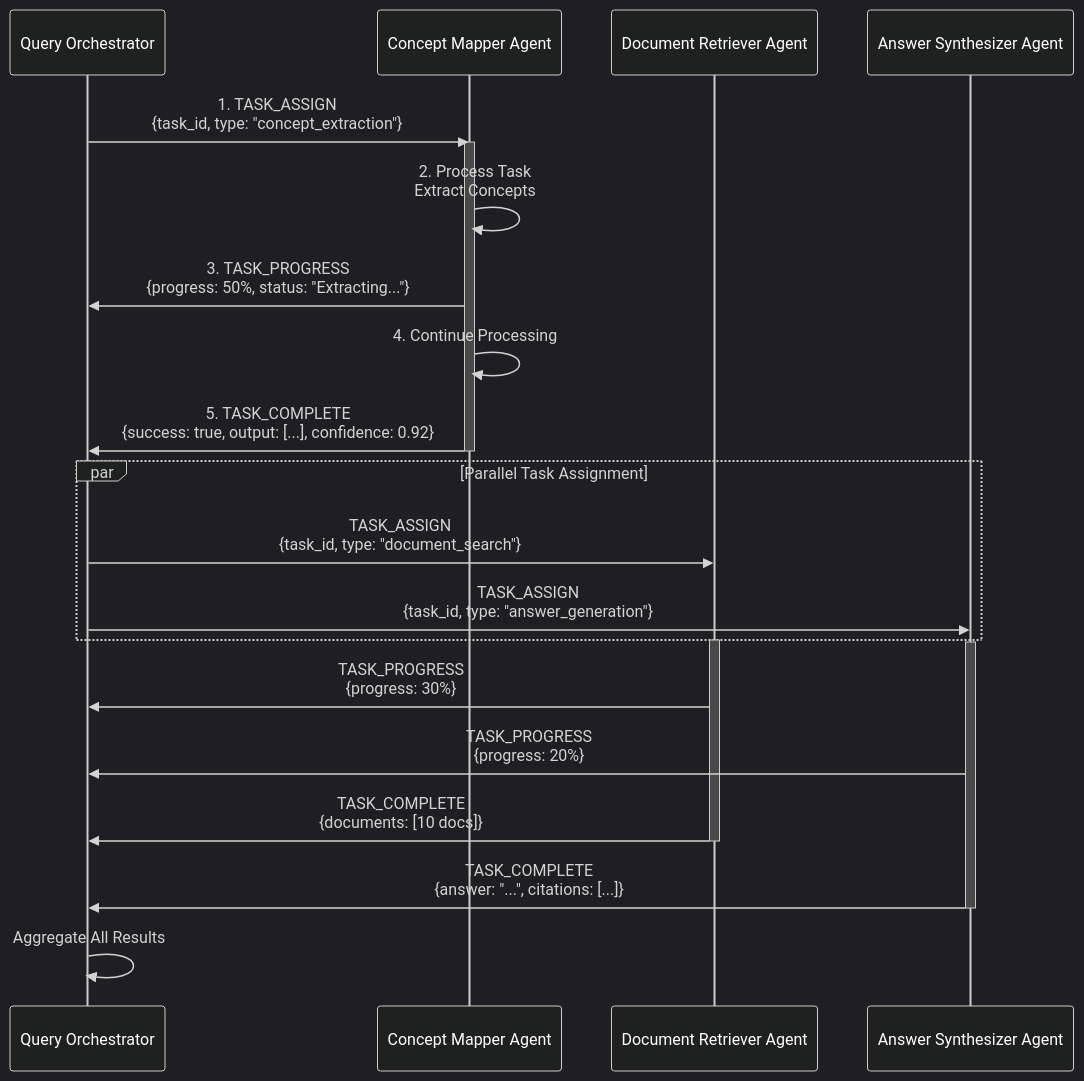
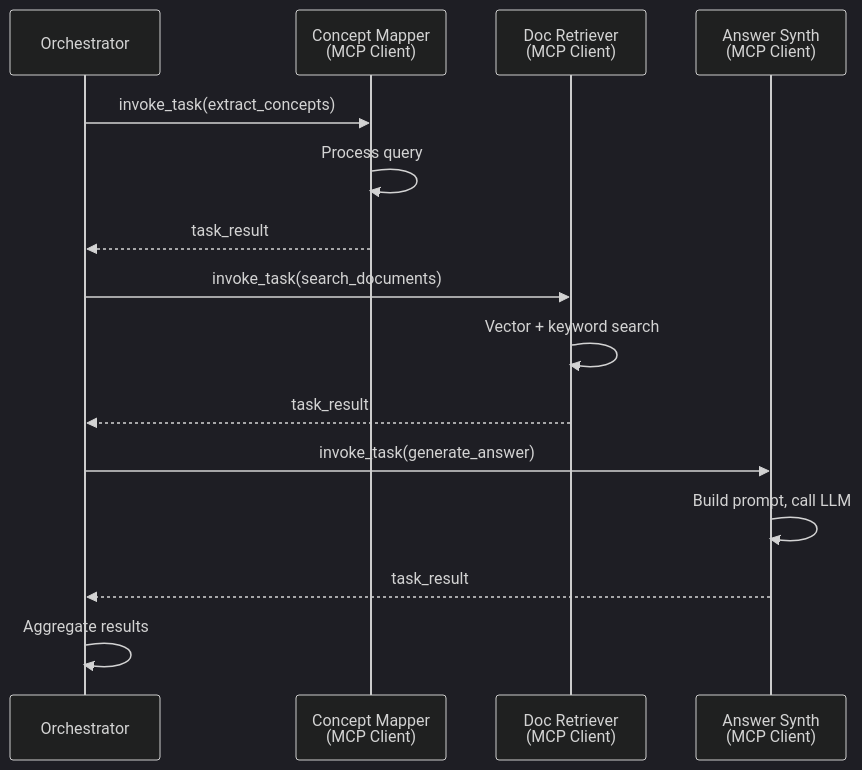
Before and after one commit to veics/rage_pitch: diagram 14 of 24 in docs/ARCHITECTURE.md, drawn with Mermaid. The commit also changed other lines of this file and 8 other files, not shown here.

````diff
--- a/docs/ARCHITECTURE.md
+++ b/docs/ARCHITECTURE.md
@@ -739,39 +810,22 @@
 ```mermaid
-%%{init: {'theme':'dark', 'themeVariables': {'actorTextColor':'#fff', 'noteBkgColor':'#1a237e', 'noteTextColor':'#fff'}}}%%
+%%{init: {'theme':'dark', 'flowchart': {'nodeSpacing': 30, 'rankSpacing': 40, 'curve': 'basis'}, 'themeVariables': {'labelBackground':'rgba(38, 50, 56, 0.1)'}}}%%
 sequenceDiagram
-    participant Orch as Query Orchestrator
-    participant CM as Concept Mapper Agent
-    participant DR as Document Retriever Agent
-    participant AS as Answer Synthesizer Agent
+    participant Orch as Orchestrator
+    participant CM as Concept Mapper<br/>(MCP Client)
+    participant DR as Doc Retriever<br/>(MCP Client)
+    participant AS as Answer Synth<br/>(MCP Client)
     
-    Orch->>CM: 1. TASK_ASSIGN<br/>{task_id, type: "concept_extraction"}
+    Orch->>CM: invoke_task(extract_concepts)
+    CM->>CM: Process query
+    CM-->>Orch: task_result
     
-    activate CM
-    CM->>CM: 2. Process Task<br/>Extract Concepts
+    Orch->>DR: invoke_task(search_documents)
+    DR->>DR: Vector + keyword search
+    DR-->>Orch: task_result
     
-    CM->>Orch: 3. TASK_PROGRESS<br/>{progress: 50%, status: "Extracting..."}
+    Orch->>AS: invoke_task(generate_answer)
+    AS->>AS: Build prompt, call LLM
+    AS-->>Orch: task_result
     
-    CM->>CM: 4. Continue Processing
-    
-    CM->>Orch: 5. TASK_COMPLETE<br/>{success: true, output: [...], confidence: 0.92}
-    deactivate CM
-    
-    par Parallel Task Assignment
-        Orch->>DR: TASK_ASSIGN<br/>{task_id, type: "document_search"}
-        Orch->>AS: TASK_ASSIGN<br/>{task_id, type: "answer_generation"}
-    end
-    
-    activate DR
-    activate AS
-    
-    DR->>Orch: TASK_PROGRESS<br/>{progress: 30%}
-    AS->>Orch: TASK_PROGRESS<br/>{progress: 20%}
-    
-    DR->>Orch: TASK_COMPLETE<br/>{documents: [10 docs]}
-    deactivate DR
-    
-    AS->>Orch: TASK_COMPLETE<br/>{answer: "...", citations: [...]}
-    deactivate AS
-    
-    Orch->>Orch: Aggregate All Results
+    Orch->>Orch: Aggregate results
 ```
````
